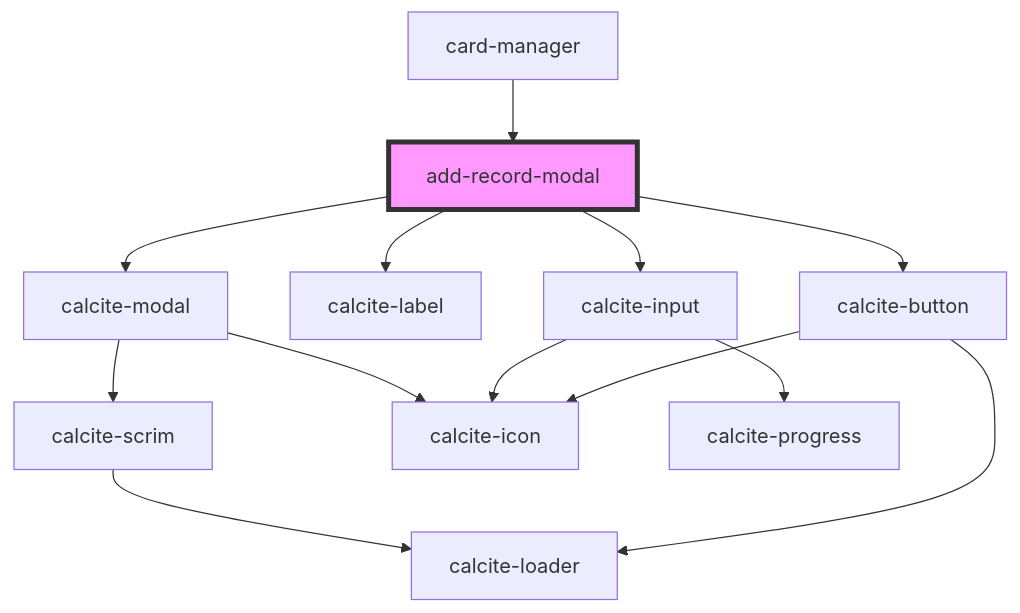
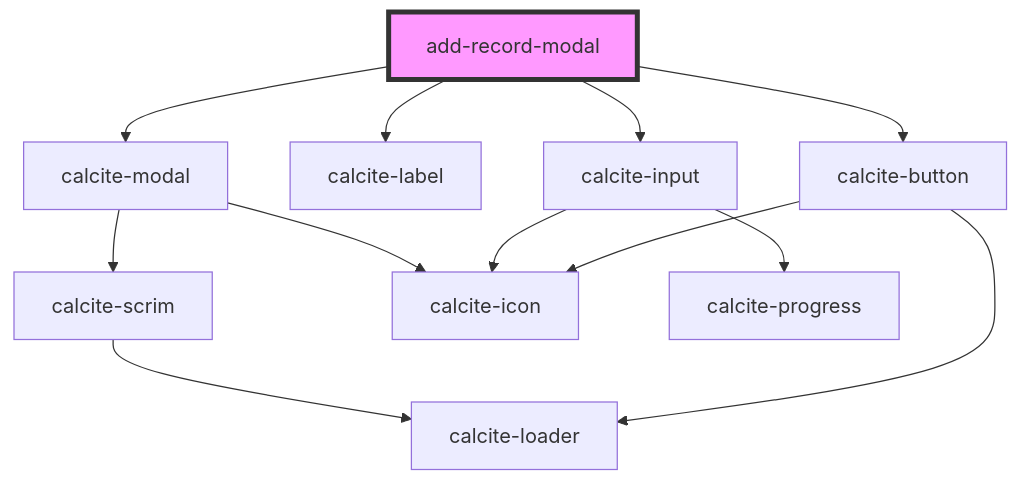
Before and after one commit to Esri/solutions-components: the diagram in src/components/add-record-modal/readme.md, drawn with Mermaid. The commit also changed other lines of this file and 7 other files, not shown here.

````diff
--- a/src/components/add-record-modal/readme.md
+++ b/src/components/add-record-modal/readme.md
@@ -37,16 +33,15 @@
 ```mermaid
 graph TD;
   add-record-modal --> calcite-modal
   add-record-modal --> calcite-label
   add-record-modal --> calcite-input
   add-record-modal --> calcite-button
   calcite-modal --> calcite-scrim
   calcite-modal --> calcite-icon
   calcite-scrim --> calcite-loader
   calcite-input --> calcite-progress
   calcite-input --> calcite-icon
   calcite-button --> calcite-loader
   calcite-button --> calcite-icon
-  card-manager --> add-record-modal
   style add-record-modal fill:#f9f,stroke:#333,stroke-width:4px
 ```
````
